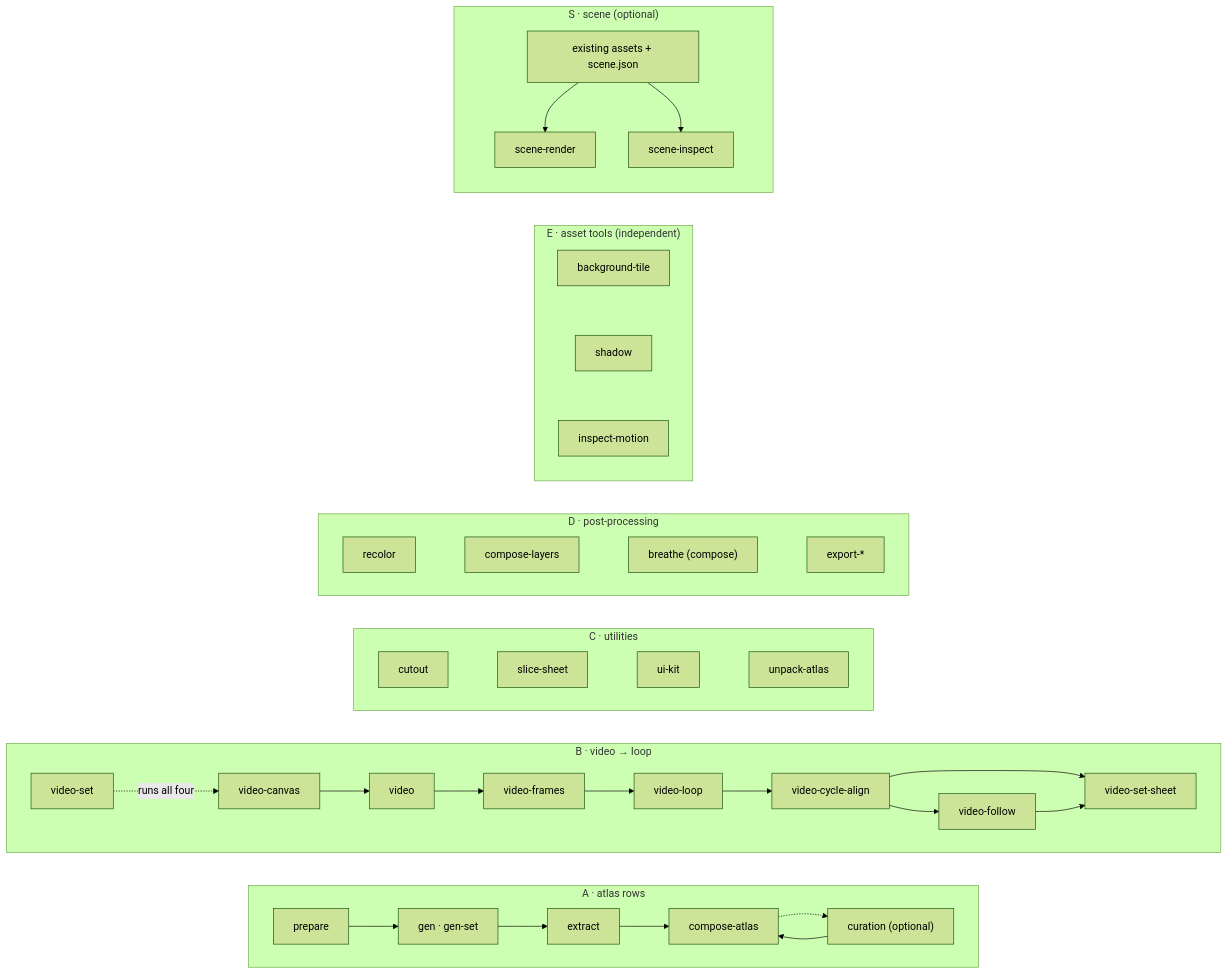
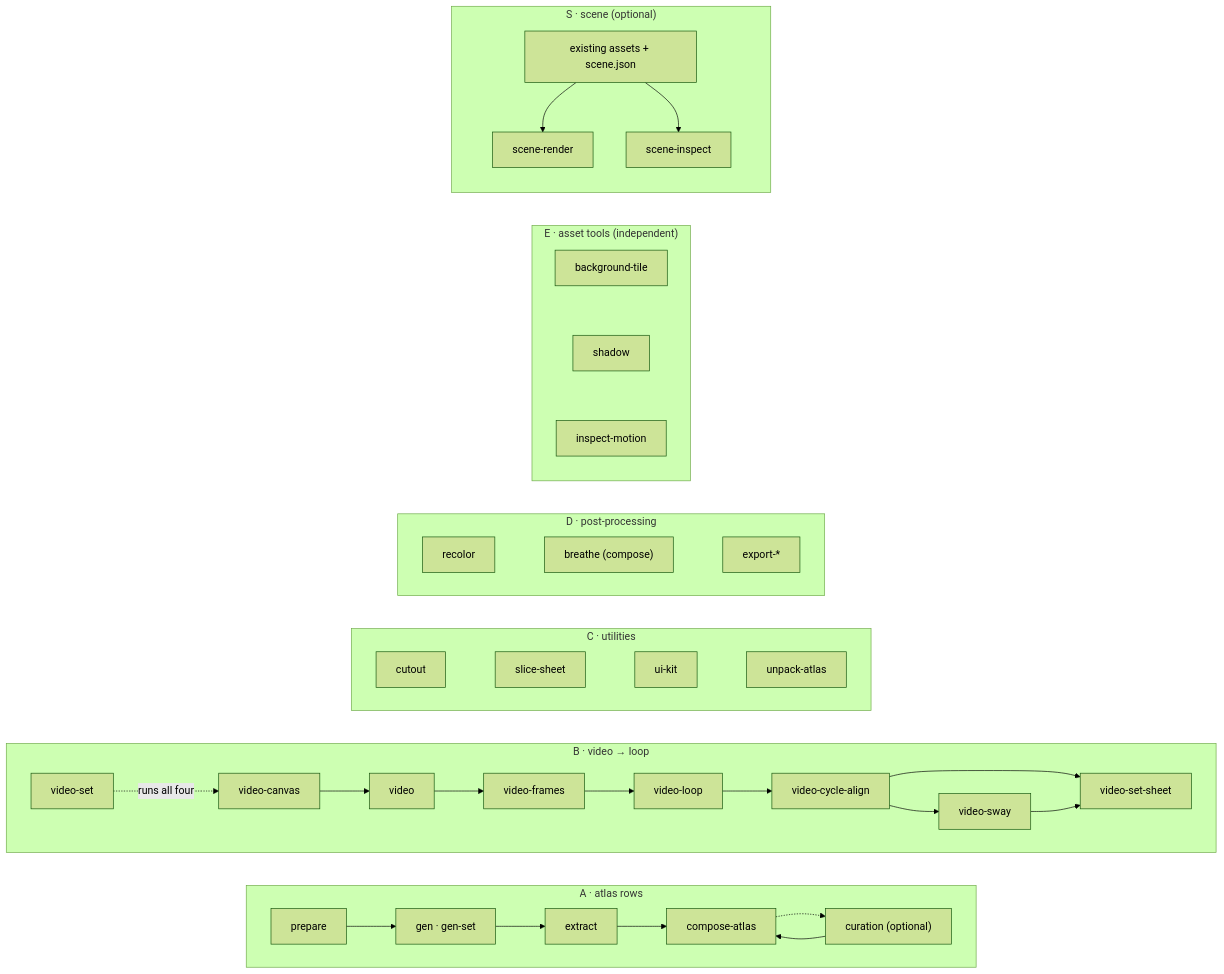
Before and after one commit to gabrielmoreira/agent-skills-mirror: the diagram in mirrors/repos/aldegad@sprite-gen/docs/README.md, drawn with Mermaid (forest theme). The commit also changed other lines of this file and 16521 other files, not shown here.

````diff
--- a/mirrors/repos/aldegad@sprite-gen/docs/README.md
+++ b/mirrors/repos/aldegad@sprite-gen/docs/README.md
@@ -7,32 +7,32 @@
 ```mermaid
 flowchart LR
     subgraph A["A · atlas rows"]
         direction LR
         a1[prepare] --> a2["gen · gen-set"] --> a3[extract] --> a5[compose-atlas]
         a5 -.-> a4["curation (optional)"]
         a4 --> a5
     end
     subgraph B["B · video → loop"]
         direction LR
         b1[video-canvas] --> b2[video] --> b3[video-frames] --> b4[video-loop]
         b5[video-set] -.runs all four.-> b1
-        b4 --> b6[video-cycle-align] --> b7[video-follow]
+        b4 --> b6[video-cycle-align] --> b7[video-sway]
         b6 --> b8[video-set-sheet]
         b7 --> b8
     end
     subgraph C["C · utilities"]
         direction LR
         c1[cutout] ~~~ c2[slice-sheet] ~~~ c4[ui-kit] ~~~ c3[unpack-atlas]
     end
     subgraph D["D · post-processing"]
         direction LR
-        d1[recolor] ~~~ d2[compose-layers] ~~~ d3["breathe (compose)"] ~~~ d4[export-*]
+        d1[recolor] ~~~ d2["breathe (compose)"] ~~~ d3[export-*]
     end
     subgraph E["E · asset tools (independent)"]
         e1[background-tile] ~~~ e2[shadow] ~~~ e3[inspect-motion]
     end
     subgraph S["S · scene (optional)"]
         s1["existing assets + scene.json"] --> s2[scene-render]
         s1 --> s3[scene-inspect]
     end
 ```
````
